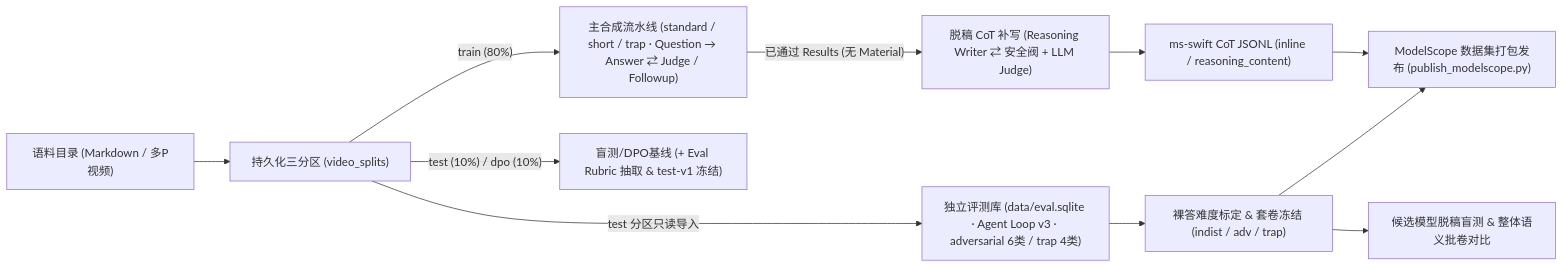
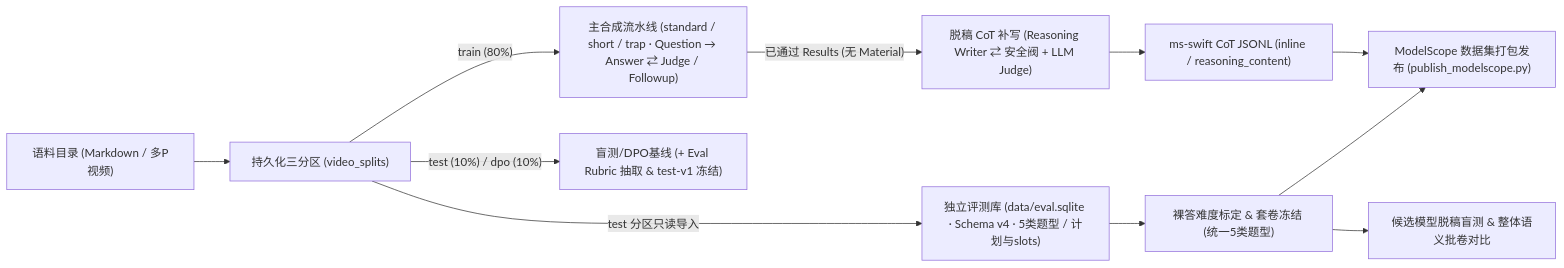
Before and after one commit to chosenecho/pi-posttrain-loop: the diagram in README.md, drawn with Mermaid. The commit also changed other lines of this file and 113 other files, not shown here.

````diff
--- a/README.md
+++ b/README.md
@@ -54,13 +54,13 @@
 ```mermaid
 flowchart LR
   Corpus["语料目录 (Markdown / 多P视频)"] --> Splits["持久化三分区 (video_splits)"]
   Splits -->|"train (80%)"| MainLoop["主合成流水线 (standard / short / trap · Question → Answer ⇄ Judge / Followup)"]
   Splits -->|"test (10%) / dpo (10%)"| RubricLoop["盲测/DPO基线 (+ Eval Rubric 抽取 & test-v1 冻结)"]
   MainLoop -->|"已通过 Results (无 Material)"| CoTLoop["脱稿 CoT 补写 (Reasoning Writer ⇄ 安全阀 + LLM Judge)"]
   CoTLoop --> SwiftJSONL["ms-swift CoT JSONL (inline / reasoning_content)"]
-  Splits -->|"test 分区只读导入"| EvalLoop["独立评测库 (data/eval.sqlite · Agent Loop v3 · adversarial 6类 / trap 4类)"]
-  EvalLoop --> Freeze["裸答难度标定 & 套卷冻结 (indist / adv / trap)"]
+  Splits -->|"test 分区只读导入"| EvalLoop["独立评测库 (data/eval.sqlite · Schema v4 · 5类题型 / 计划与slots)"]
+  EvalLoop --> Freeze["裸答难度标定 & 套卷冻结 (统一5类题型)"]
   Freeze --> Grade["候选模型脱稿盲测 & 整体语义批卷对比"]
   SwiftJSONL --> Publish["ModelScope 数据集打包发布 (publish_modelscope.py)"]
   Freeze --> Publish
 ```
````
